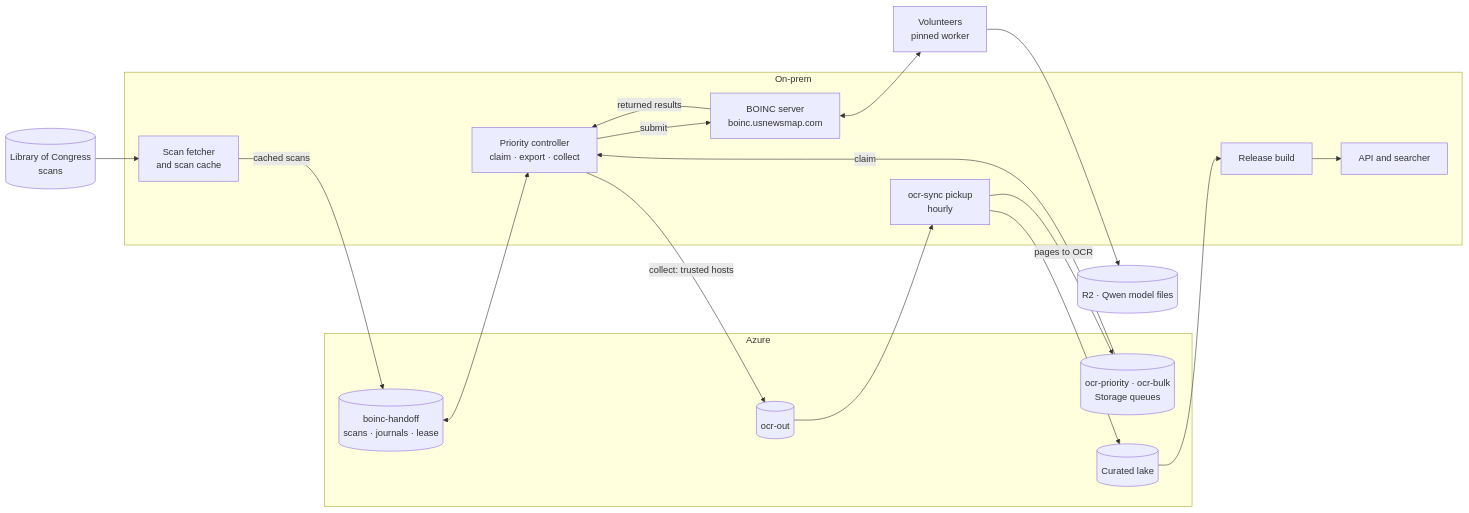
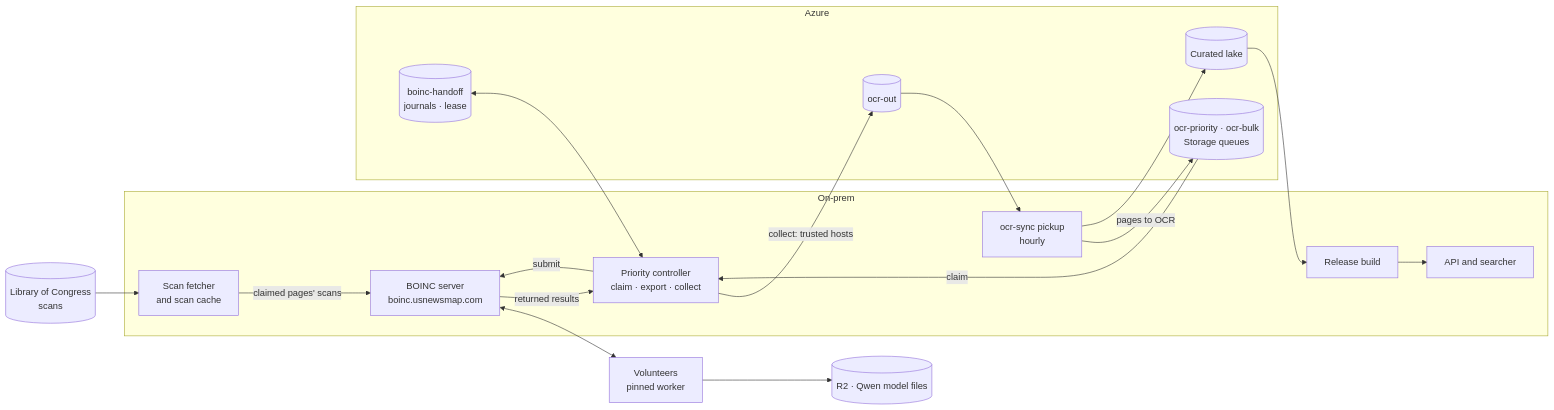
One commit to tgoodyear/usnewsmap.com changed the diagram in boinc/docs/boundaries-and-monitoring.md. Above: the diagram before and after it, drawn with Mermaid. The commit also changed other lines of this file and 1 other file, not shown here.

Commit message:
Docs: on-prem release options in development.md; scans go straight to the BOINC host

````diff
--- a/boinc/docs/boundaries-and-monitoring.md
+++ b/boinc/docs/boundaries-and-monitoring.md
@@ -720,30 +720,30 @@
 ```mermaid
 flowchart LR
   LOC[(Library of Congress<br/>scans)]
   subgraph OP["On-prem"]
     FETCH[Scan fetcher<br/>and scan cache]
     CTRL[Priority controller<br/>claim · export · collect]
     SRV[BOINC server<br/>boinc.usnewsmap.com]
     SYNC[ocr-sync pickup<br/>hourly]
     REL[Release build]
     API[API and searcher]
   end
   subgraph AZ["Azure"]
-    HO[(boinc-handoff<br/>scans · journals · lease)]
+    HO[(boinc-handoff<br/>journals · lease)]
     Q[(ocr-priority · ocr-bulk<br/>Storage queues)]
     OUT[(ocr-out)]
     LAKE[(Curated lake)]
   end
   V[Volunteers<br/>pinned worker]
   R2[(R2 · Qwen model files)]
 
-  LOC --> FETCH -->|cached scans| HO
+  LOC --> FETCH -->|claimed pages' scans| SRV
   SYNC -->|pages to OCR| Q
   Q -->|claim| CTRL
   HO <--> CTRL
   CTRL -->|submit| SRV <--> V
   V --> R2
   SRV -->|returned results| CTRL
   CTRL -->|collect: trusted hosts| OUT
   OUT --> SYNC --> LAKE --> REL --> API
 ```
````
